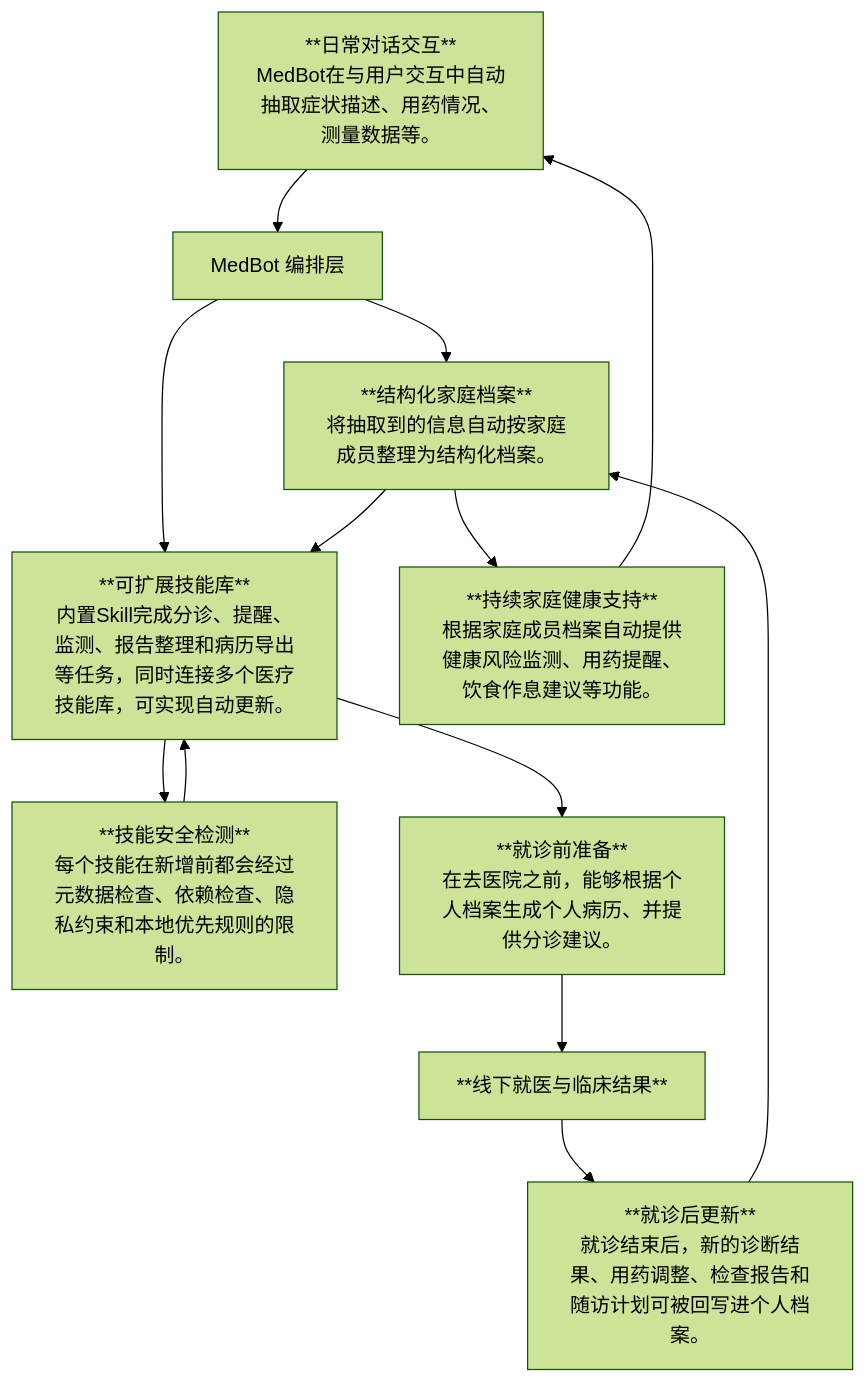
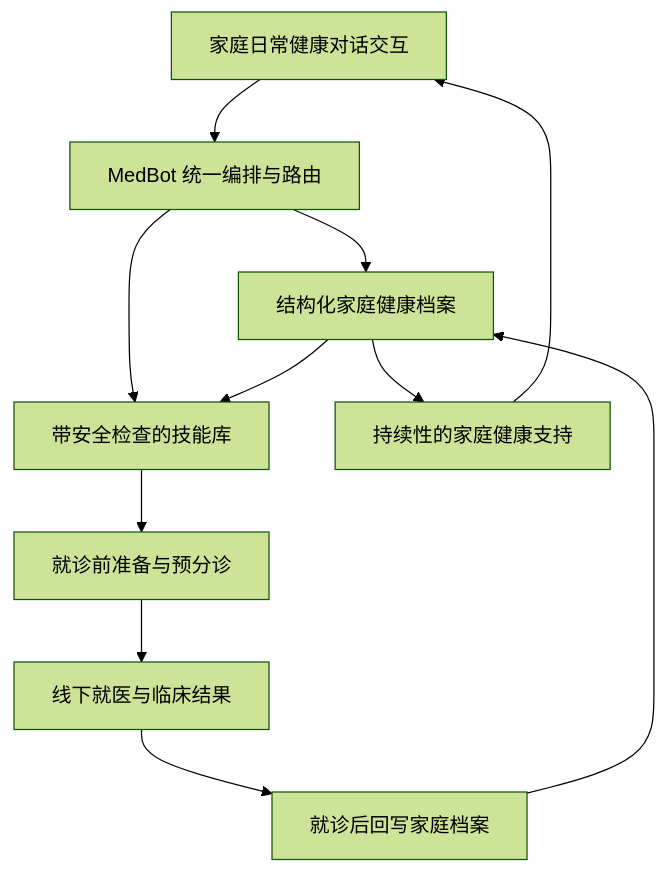
Before and after one commit to SirryChen/medbot: the diagram in README-zh.md, drawn with Mermaid (forest theme). The commit also changed 1 other file, not shown here.

````diff
--- a/README-zh.md
+++ b/README-zh.md
@@ -65,15 +65,13 @@
 ```mermaid
 flowchart TD
-    A[**日常对话交互**<br/>MedBot在与用户交互中自动抽取症状描述、用药情况、测量数据等。] --> B[MedBot 编排层]
-    B --> C[**结构化家庭档案**<br/>将抽取到的信息自动按家庭成员整理为结构化档案。]
-    B --> D[**可扩展技能库**<br/>内置Skill完成分诊、提醒、监测、报告整理和病历导出等任务，同时连接多个医疗技能库，可实现自动更新。]
-    D --> E[**技能安全检测**<br/>每个技能在新增前都会经过元数据检查、依赖检查、隐私约束和本地优先规则的限制。]
-    E --> D
+    A[家庭日常健康对话交互] --> B[MedBot 统一编排与路由]
+    B --> C[结构化家庭健康档案]
+    B --> D[带安全检查的技能库]
     C --> D
-    D --> F[**就诊前准备**<br/>在去医院之前，能够根据个人档案生成个人病历、并提供分诊建议。]
-    F --> G[**线下就医与临床结果**]
-    G --> H[**就诊后更新**<br/>就诊结束后，新的诊断结果、用药调整、检查报告和随访计划可被回写进个人档案。]
+    D --> F[就诊前准备与预分诊]
+    F --> G[线下就医与临床结果]
+    G --> H[就诊后回写家庭档案]
     H --> C
-    C --> I[**持续家庭健康支持**<br/>根据家庭成员档案自动提供健康风险监测、用药提醒、饮食作息建议等功能。]
+    C --> I[持续性的家庭健康支持]
     I --> A
 ```
````
